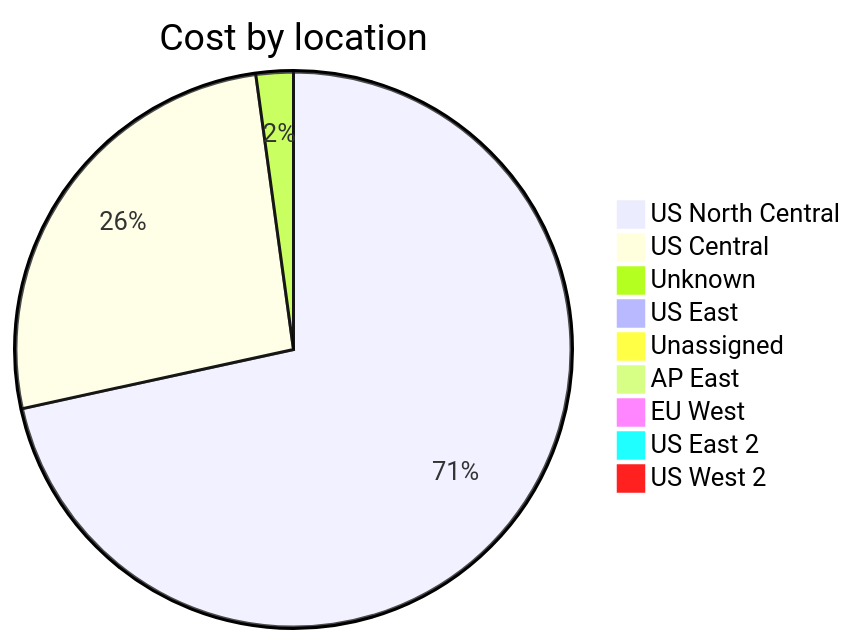
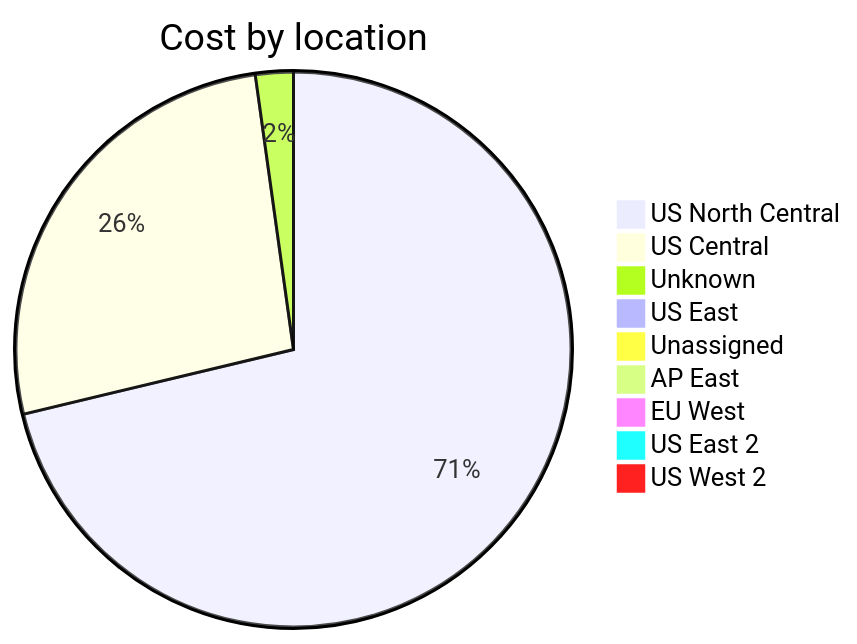
One commit to jpfulton/azure-personal-reports changed the third of 4 diagrams in cost-reports/accumulated-cost.md. Above: the diagram before and after it, drawn with Mermaid. The commit also changed other lines of this file and 4 other files, not shown here.

````diff
--- a/cost-reports/accumulated-cost.md
+++ b/cost-reports/accumulated-cost.md
@@ -131,13 +131,13 @@
 ```mermaid
 pie
    title Cost by location
-   "US North Central" : 11.21
-   "US Central" : 4.11
-   "Unknown" : 0.34
-   "US East" : 0.07
-   "Unassigned" : 0.06
+   "US North Central" : 12.62
+   "US Central" : 4.70
+   "Unknown" : 0.39
+   "US East" : 0.08
+   "Unassigned" : 0.07
    "AP East" : 0.00
    "EU West" : 0.00
    "US East 2" : 0.00
    "US West 2" : 0.00
 ```
````
